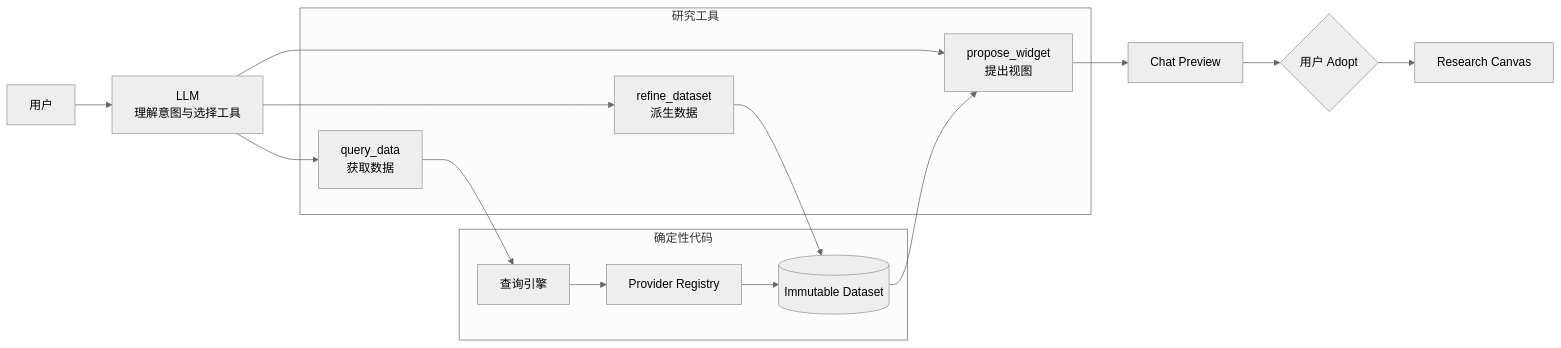
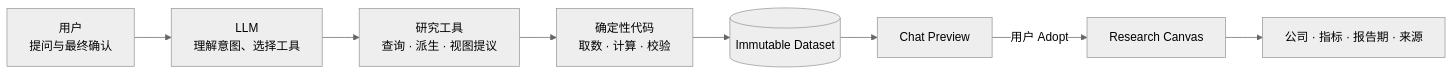
The second of 3 diagrams in README.md (du24601-png/research-canvas), drawn with Mermaid (neutral theme) before and after one commit. The commit also changed other lines of this file and 2 other files, not shown here.

````diff
--- a/README.md
+++ b/README.md
@@ -109,28 +105,10 @@
 ```mermaid
 flowchart LR
-  U[用户] --> L[LLM<br/>理解意图与选择工具]
-
-  subgraph T[研究工具]
-    Q[query_data<br/>获取数据]
-    R[refine_dataset<br/>派生数据]
-    P[propose_widget<br/>提出视图]
-  end
-
-  subgraph C[确定性代码]
-    E[查询引擎]
-    G[Provider Registry]
-    D[(Immutable Dataset)]
-  end
-
-  L --> Q
-  L --> R
-  L --> P
-  Q --> E
-  E --> G
-  G --> D
-  R --> D
-  D --> P
-  P --> V[Chat Preview]
-  V --> H{用户 Adopt}
-  H --> W[Research Canvas]
+  U[用户<br/>提问与最终确认] --> L[LLM<br/>理解意图、选择工具]
+  L --> T[研究工具<br/>查询 · 派生 · 视图提议]
+  T --> E[确定性代码<br/>取数 · 计算 · 校验]
+  E --> D[(Immutable Dataset)]
+  D --> P[Chat Preview]
+  P -->|用户 Adopt| C[Research Canvas]
+  C --> S[公司 · 指标 · 报告期 · 来源]
 ```
````
